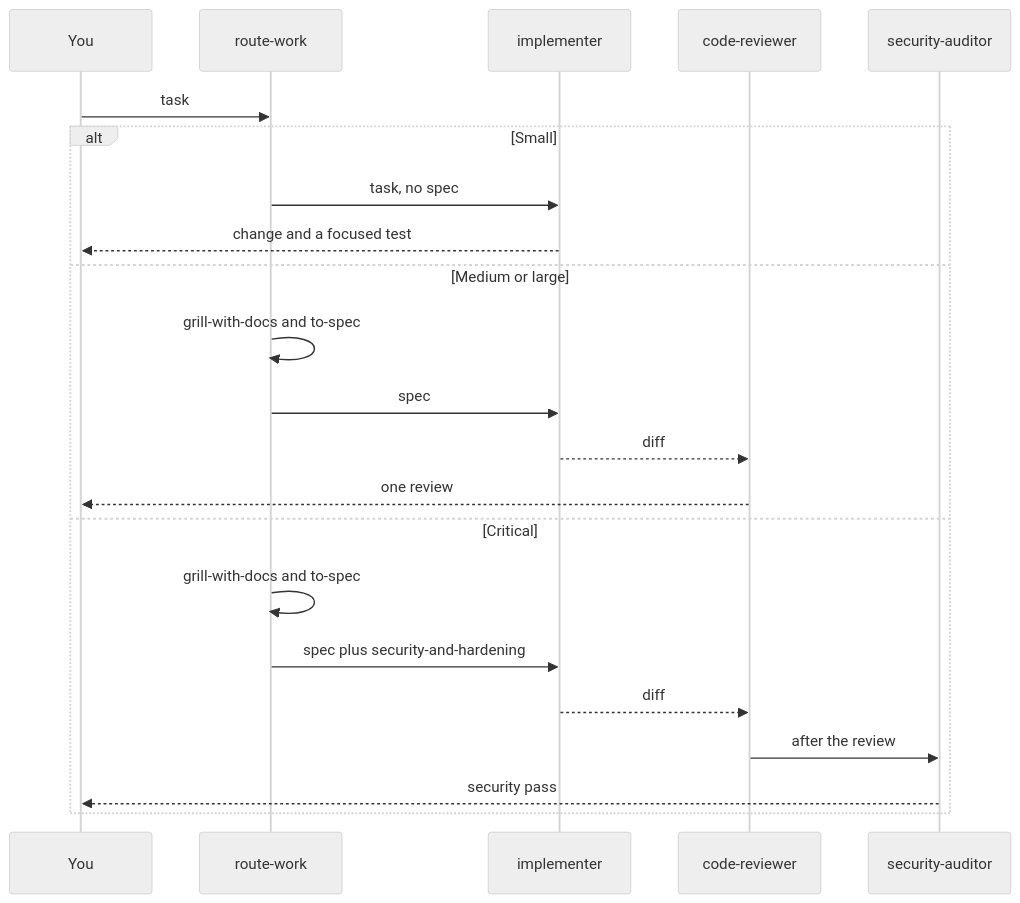
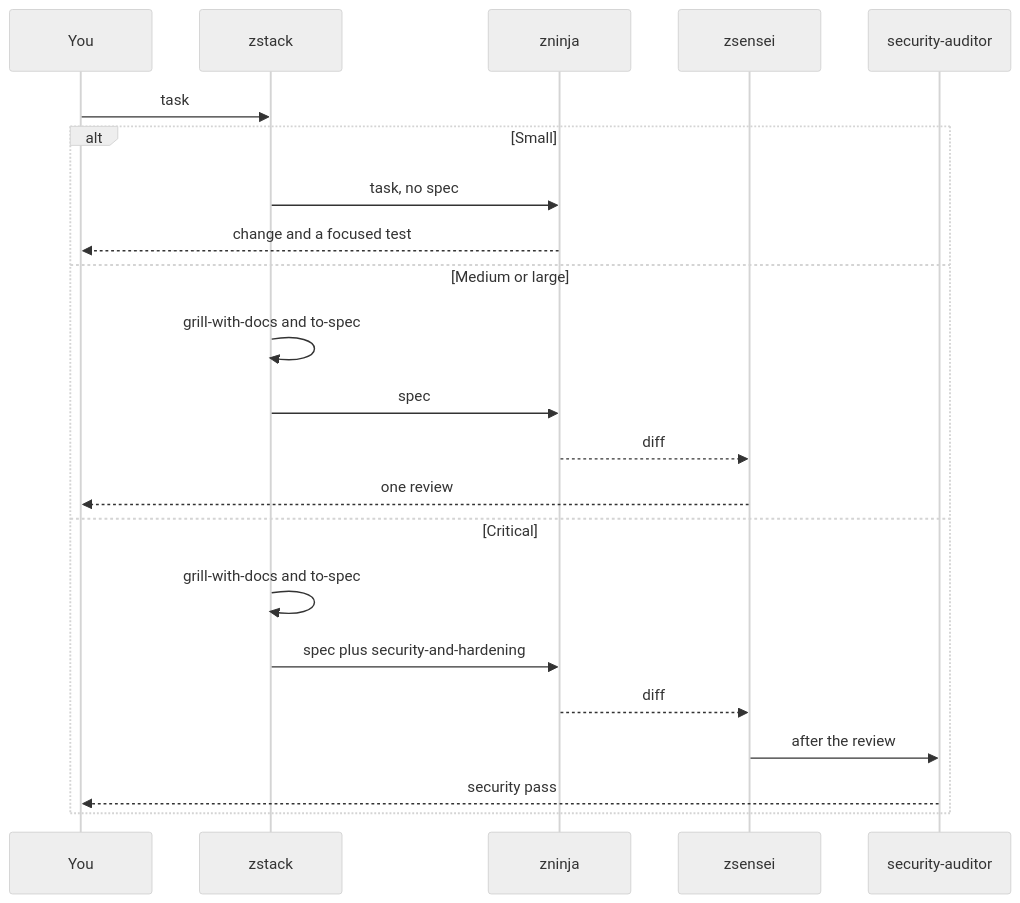
One commit to Byevenes/agent-workflow changed the second of 2 diagrams in docs/workflow.md. Above: the diagram before and after it, drawn with Mermaid (neutral theme). The commit also changed other lines of this file and 18 other files, not shown here.

Commit message:
refactor(zstack): rename route-work to zStack with a route-work alias

````diff
--- a/docs/workflow.md
+++ b/docs/workflow.md
@@ -24,25 +24,25 @@
 ```mermaid
 sequenceDiagram
   participant You
-  participant Router as route-work
-  participant Impl as implementer
-  participant Review as code-reviewer
+  participant Router as zstack
+  participant Impl as zninja
+  participant Review as zsensei
   participant Audit as security-auditor
 
   You->>Router: task
   alt Small
     Router->>Impl: task, no spec
     Impl-->>You: change and a focused test
   else Medium or large
     Router->>Router: grill-with-docs and to-spec
     Router->>Impl: spec
     Impl-->>Review: diff
     Review-->>You: one review
   else Critical
     Router->>Router: grill-with-docs and to-spec
     Router->>Impl: spec plus security-and-hardening
     Impl-->>Review: diff
     Review->>Audit: after the review
     Audit-->>You: security pass
   end
 ```
````
